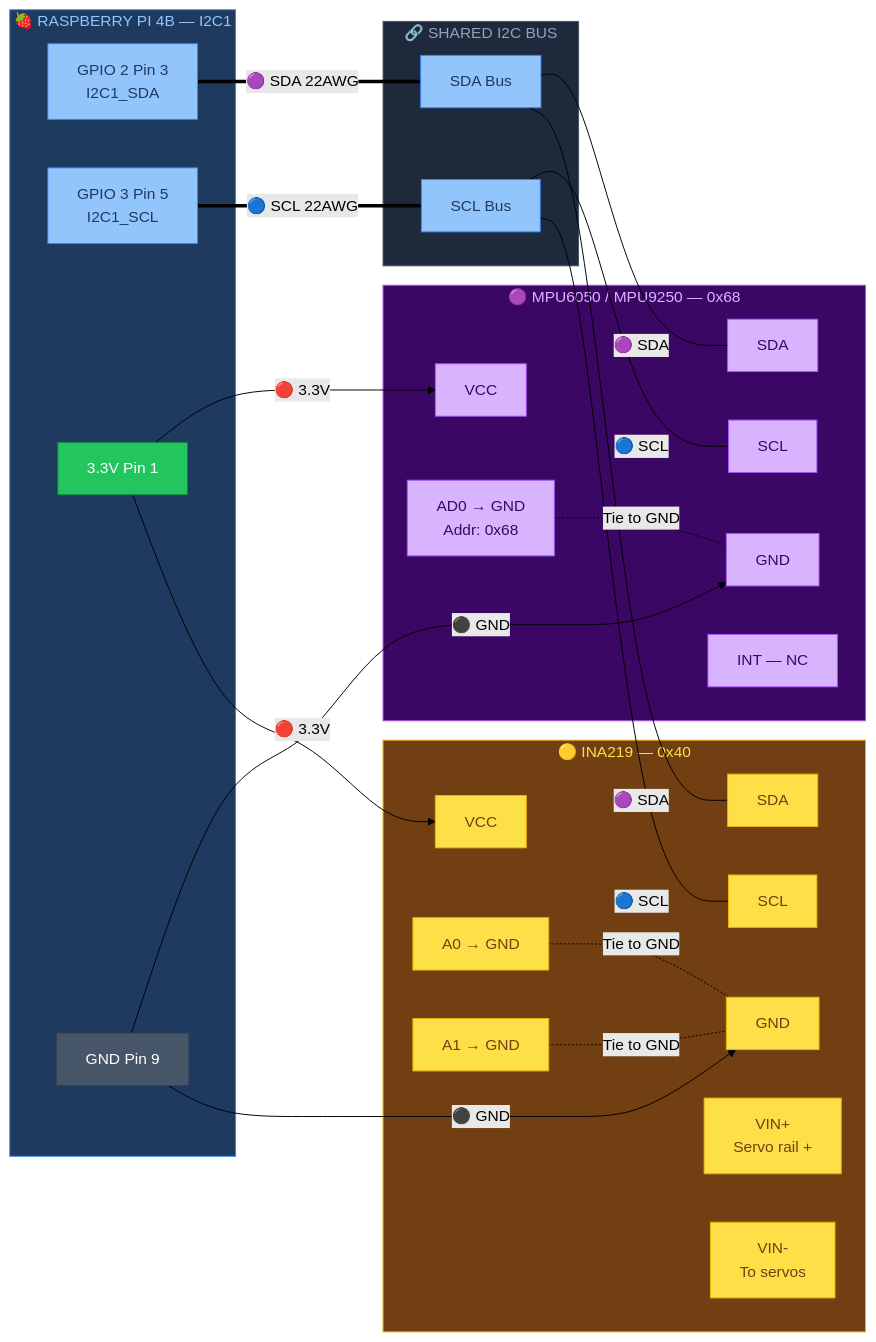
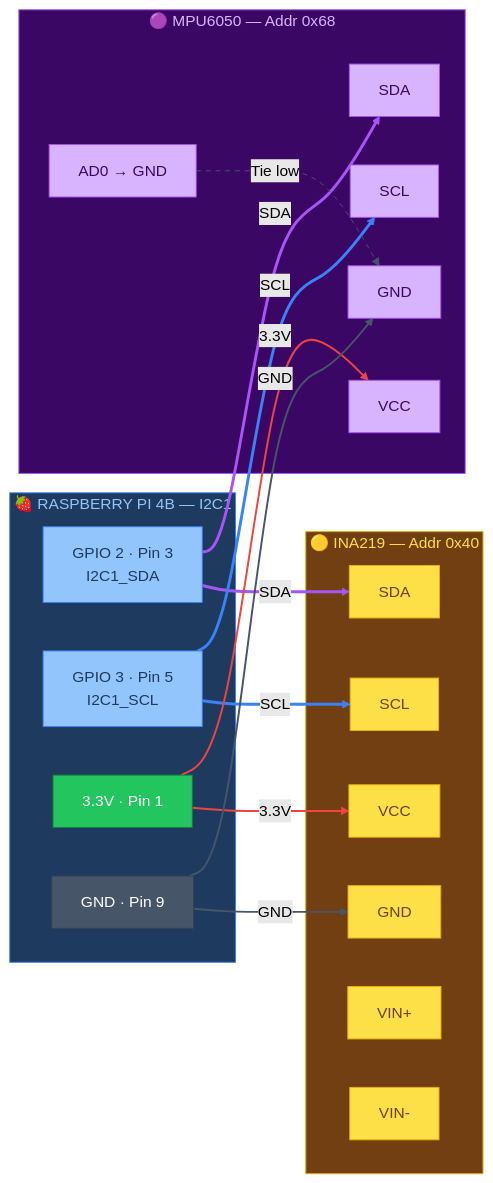
Before and after one commit to Major-Project-001/VIGIL-RQ: the fourth of 11 diagrams in control/docs/wiring_diagram.md, drawn with Mermaid (forest theme). The commit also changed other lines of this file, not shown here.

Commit message:
docs: Add color-coded linkStyle to all Mermaid connection lines

````diff
--- a/control/docs/wiring_diagram.md
+++ b/control/docs/wiring_diagram.md
@@ -266,71 +220,56 @@
 ```mermaid
 graph LR
-    classDef rpi fill:#3b82f6,stroke:#1d4ed8,color:#fff,font-weight:bold
     classDef rpiPin fill:#93c5fd,stroke:#3b82f6,color:#1e3a5f
-    classDef imu fill:#a855f7,stroke:#7c3aed,color:#fff,font-weight:bold
     classDef imuPin fill:#d8b4fe,stroke:#a855f7,color:#3b0764
-    classDef ina fill:#eab308,stroke:#ca8a04,color:#fff,font-weight:bold
     classDef inaPin fill:#fde047,stroke:#eab308,color:#713f12
     classDef gnd fill:#475569,stroke:#334155,color:#fff
     classDef vcc fill:#22c55e,stroke:#15803d,color:#fff
 
     subgraph RPI_I2C["🍓 RASPBERRY PI 4B — I2C1"]
-        RPI_SDA["GPIO 2  Pin 3<br/>I2C1_SDA"]:::rpiPin
-        RPI_SCL["GPIO 3  Pin 5<br/>I2C1_SCL"]:::rpiPin
-        RPI_3V3_I2C["3.3V  Pin 1"]:::vcc
-        RPI_GND_I2C["GND  Pin 9"]:::gnd
+        R_SDA["GPIO 2 · Pin 3<br/>I2C1_SDA"]:::rpiPin
+        R_SCL["GPIO 3 · Pin 5<br/>I2C1_SCL"]:::rpiPin
+        R_3V3["3.3V · Pin 1"]:::vcc
+        R_GND_I["GND · Pin 9"]:::gnd
     end
 
-    subgraph IMU_BLOCK["🟣 MPU6050 / MPU9250 — 0x68"]
-        IMU_SDA["SDA"]:::imuPin
-        IMU_SCL["SCL"]:::imuPin
-        IMU_VCC["VCC"]:::imuPin
-        IMU_GND["GND"]:::imuPin
-        IMU_AD0["AD0 → GND<br/>Addr: 0x68"]:::imuPin
-        IMU_INT["INT — NC"]:::imuPin
+    subgraph IMU_BLK["🟣 MPU6050 — Addr 0x68"]
+        I_SDA["SDA"]:::imuPin
+        I_SCL["SCL"]:::imuPin
+        I_VCC["VCC"]:::imuPin
+        I_GND["GND"]:::imuPin
+        I_AD0["AD0 → GND"]:::imuPin
     end
 
-    subgraph INA_BLOCK["🟡 INA219 — 0x40"]
-        INA_SDA["SDA"]:::inaPin
-        INA_SCL["SCL"]:::inaPin
-        INA_VCC["VCC"]:::inaPin
-        INA_GND["GND"]:::inaPin
-        INA_VINP["VIN+<br/>Servo rail +"]:::inaPin
-        INA_VINN["VIN-<br/>To servos"]:::inaPin
-        INA_A0["A0 → GND"]:::inaPin
-        INA_A1["A1 → GND"]:::inaPin
+    subgraph INA_BLK["🟡 INA219 — Addr 0x40"]
+        N_SDA["SDA"]:::inaPin
+        N_SCL["SCL"]:::inaPin
+        N_VCC["VCC"]:::inaPin
+        N_GND["GND"]:::inaPin
+        N_VP["VIN+"]:::inaPin
+        N_VN["VIN-"]:::inaPin
     end
 
-    subgraph I2C_BUS["🔗 SHARED I2C BUS"]
-        BUS_SDA["SDA Bus"]:::rpiPin
-        BUS_SCL["SCL Bus"]:::rpiPin
-    end
+    R_SDA -->|"SDA"| I_SDA
+    R_SDA -->|"SDA"| N_SDA
+    R_SCL -->|"SCL"| I_SCL
+    R_SCL -->|"SCL"| N_SCL
+    R_3V3 -->|"3.3V"| I_VCC
+    R_3V3 -->|"3.3V"| N_VCC
+    R_GND_I -->|"GND"| I_GND
+    R_GND_I -->|"GND"| N_GND
+    I_AD0 -.->|"Tie low"| I_GND
 
-    %% RPi → I2C bus
-    RPI_SDA ===|"🟣 SDA  22AWG"| BUS_SDA
-    RPI_SCL ===|"🔵 SCL  22AWG"| BUS_SCL
-
-    %% I2C bus → IMU
-    BUS_SDA ---|"🟣 SDA"| IMU_SDA
-    BUS_SCL ---|"🔵 SCL"| IMU_SCL
-
-    %% I2C bus → INA219
-    BUS_SDA ---|"🟣 SDA"| INA_SDA
-    BUS_SCL ---|"🔵 SCL"| INA_SCL
-
-    %% Power
-    RPI_3V3_I2C -->|"🔴 3.3V"| IMU_VCC
-    RPI_3V3_I2C -->|"🔴 3.3V"| INA_VCC
-    RPI_GND_I2C -->|"⚫ GND"| IMU_GND
-    RPI_GND_I2C -->|"⚫ GND"| INA_GND
-
-    %% Address config
-    IMU_AD0 -.-|"Tie to GND"| IMU_GND
-    INA_A0 -.-|"Tie to GND"| INA_GND
-    INA_A1 -.-|"Tie to GND"| INA_GND
+    linkStyle 0 stroke:#a855f7,stroke-width:3px
+    linkStyle 1 stroke:#a855f7,stroke-width:3px
+    linkStyle 2 stroke:#3b82f6,stroke-width:3px
+    linkStyle 3 stroke:#3b82f6,stroke-width:3px
+    linkStyle 4 stroke:#ef4444,stroke-width:2px
+    linkStyle 5 stroke:#ef4444,stroke-width:2px
+    linkStyle 6 stroke:#475569,stroke-width:2px
+    linkStyle 7 stroke:#475569,stroke-width:2px
+    linkStyle 8 stroke:#475569,stroke-width:1px,stroke-dasharray:5
 
     style RPI_I2C fill:#1e3a5f,stroke:#3b82f6,color:#93c5fd
-    style IMU_BLOCK fill:#3b0764,stroke:#a855f7,color:#d8b4fe
-    style INA_BLOCK fill:#713f12,stroke:#eab308,color:#fde047
-    style I2C_BUS fill:#1e293b,stroke:#475569,color:#94a3b8
+    style IMU_BLK fill:#3b0764,stroke:#a855f7,color:#d8b4fe
+    style INA_BLK fill:#713f12,stroke:#eab308,color:#fde047
 ```
````
